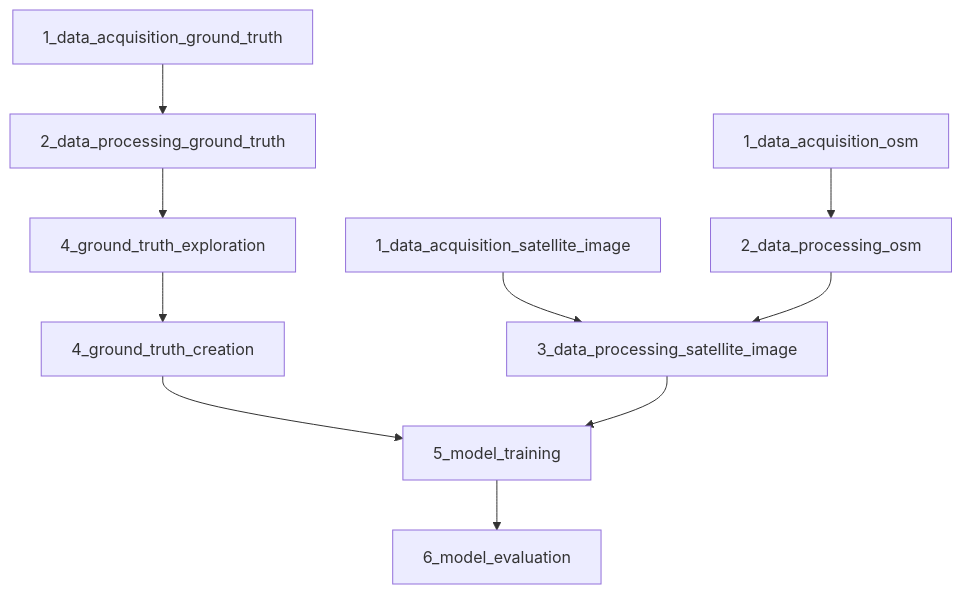
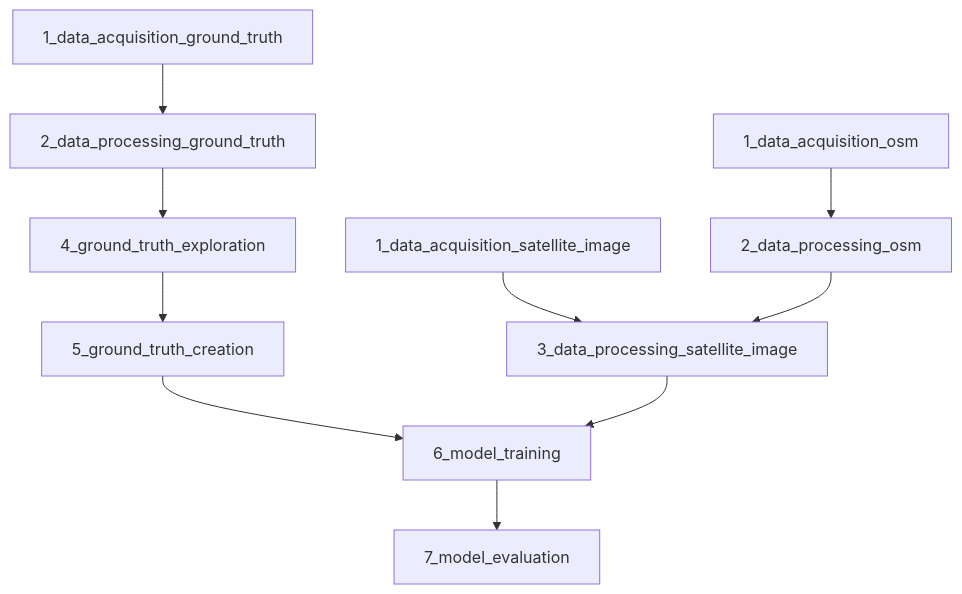
The diagram in notebooks/README.md (japanj/pugs-detection), drawn with Mermaid before and after one commit. The commit also changed 12 other files, not shown here.

````diff
--- a/notebooks/README.md
+++ b/notebooks/README.md
@@ -7,12 +7,12 @@
 ```mermaid
 flowchart TD
     A[1_data_acquisition_ground_truth] --> D[2_data_processing_ground_truth]
     B[1_data_acquisition_osm] --> E[2_data_processing_osm]
     C[1_data_acquisition_satellite_image] --> F[3_data_processing_satellite_image]
     D --> G[4_ground_truth_exploration]
-    G --> H[4_ground_truth_creation]
-    H --> I[5_model_training]
-    I --> J[6_model_evaluation]
+    G --> H[5_ground_truth_creation]
+    H --> I[6_model_training]
+    I --> J[7_model_evaluation]
     E --> F
     F --> I
 ```
````
